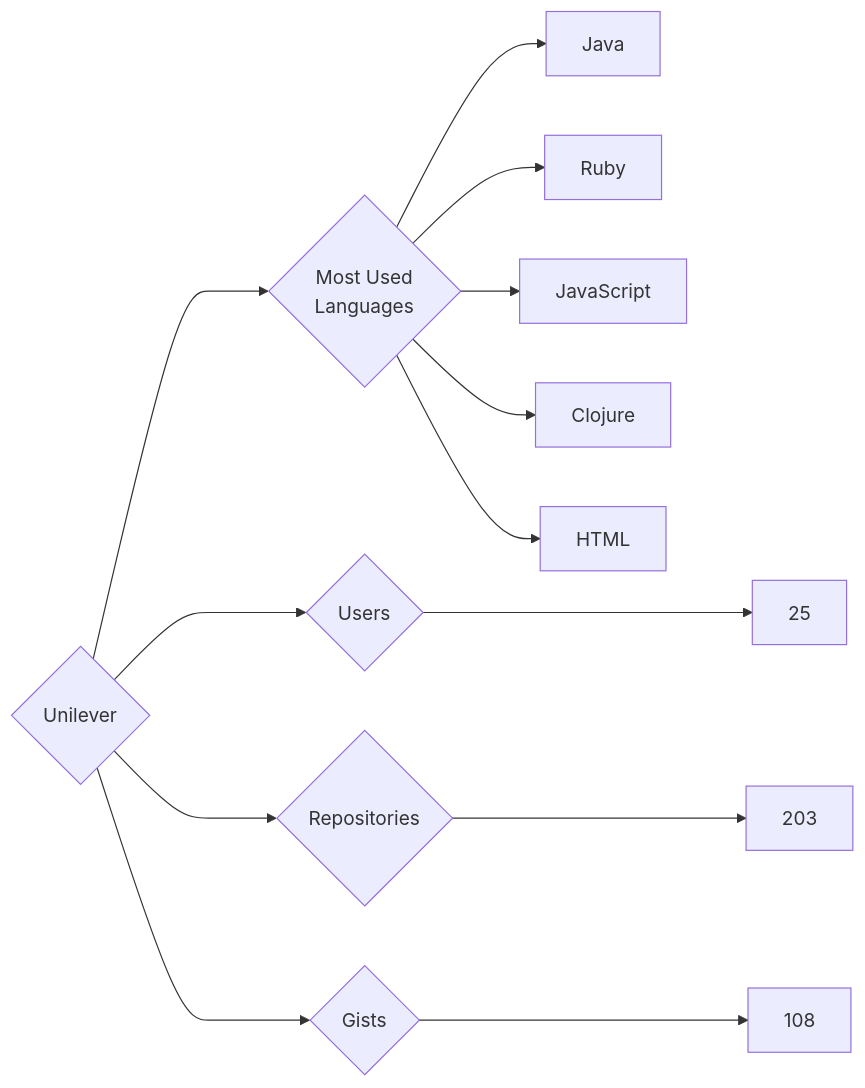
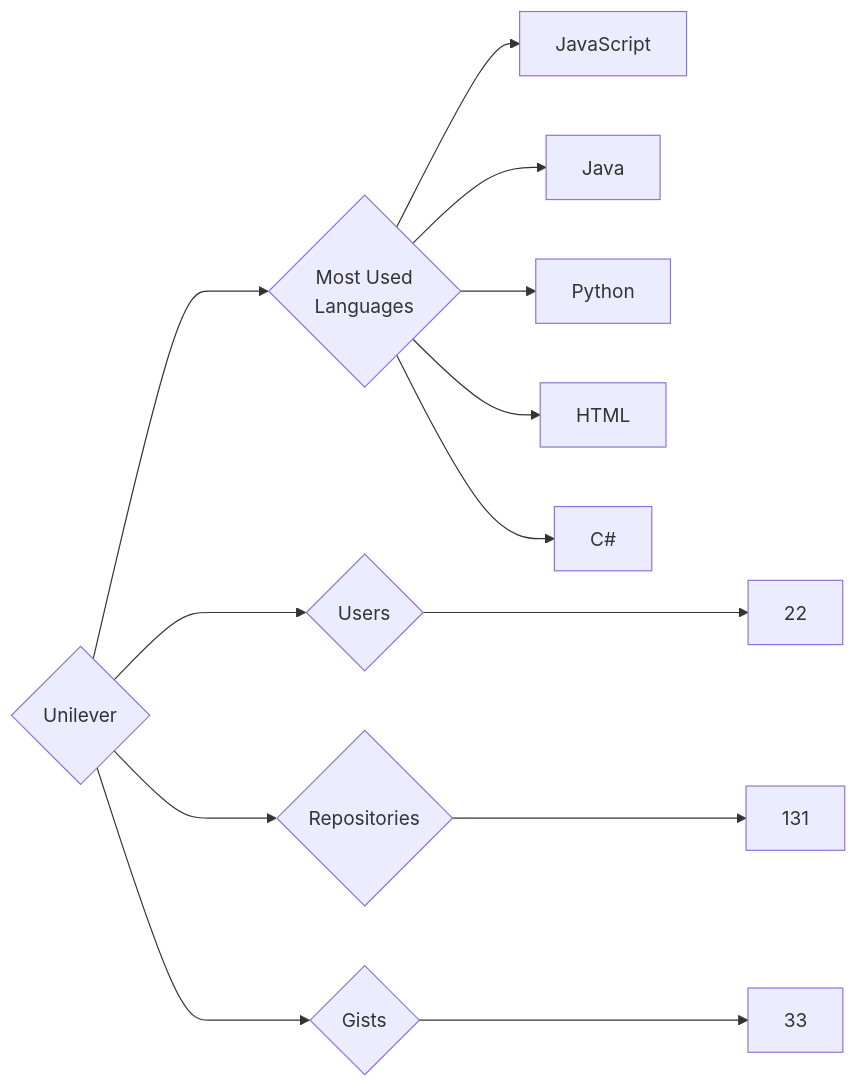
Before and after one commit to trickest/insiders: the diagram in targets/Unilever/README.md, drawn with Mermaid. The commit also changed 799 other files, not shown here.

````diff
--- a/targets/Unilever/README.md
+++ b/targets/Unilever/README.md
@@ -3,13 +3,13 @@
 ```mermaid
 graph LR
 COMPANY_NAME{Unilever}
-COMPANY_NAME ---> U{Users} ---> UN[25]
-COMPANY_NAME ---> R{Repositories} ---> RN[203]
-COMPANY_NAME ---> G{Gists} ---> GN[108]
+COMPANY_NAME ---> U{Users} ---> UN[22]
+COMPANY_NAME ---> R{Repositories} ---> RN[131]
+COMPANY_NAME ---> G{Gists} ---> GN[33]
 COMPANY_NAME ---> ML{Most Used<br>Languages}
+ML --> JavaScript[JavaScript]
 ML --> Java[Java]
-ML --> Ruby[Ruby]
-ML --> JavaScript[JavaScript]
-ML --> Clojure[Clojure]
+ML --> Python[Python]
 ML --> HTML[HTML]
+ML --> C#[C#]
 ```
````
